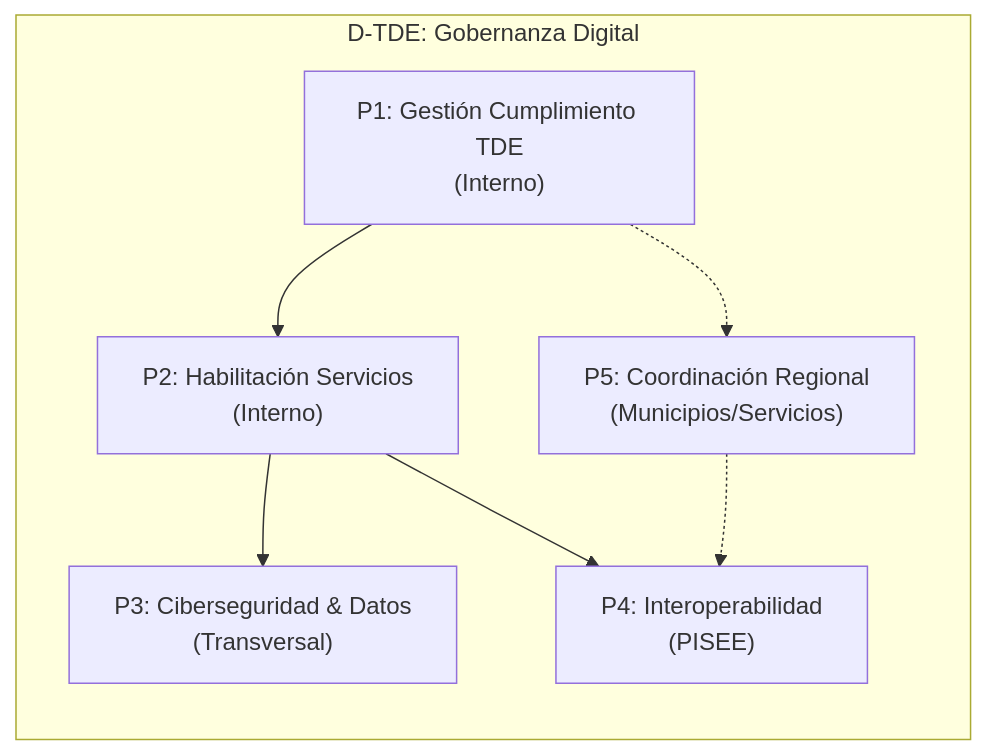
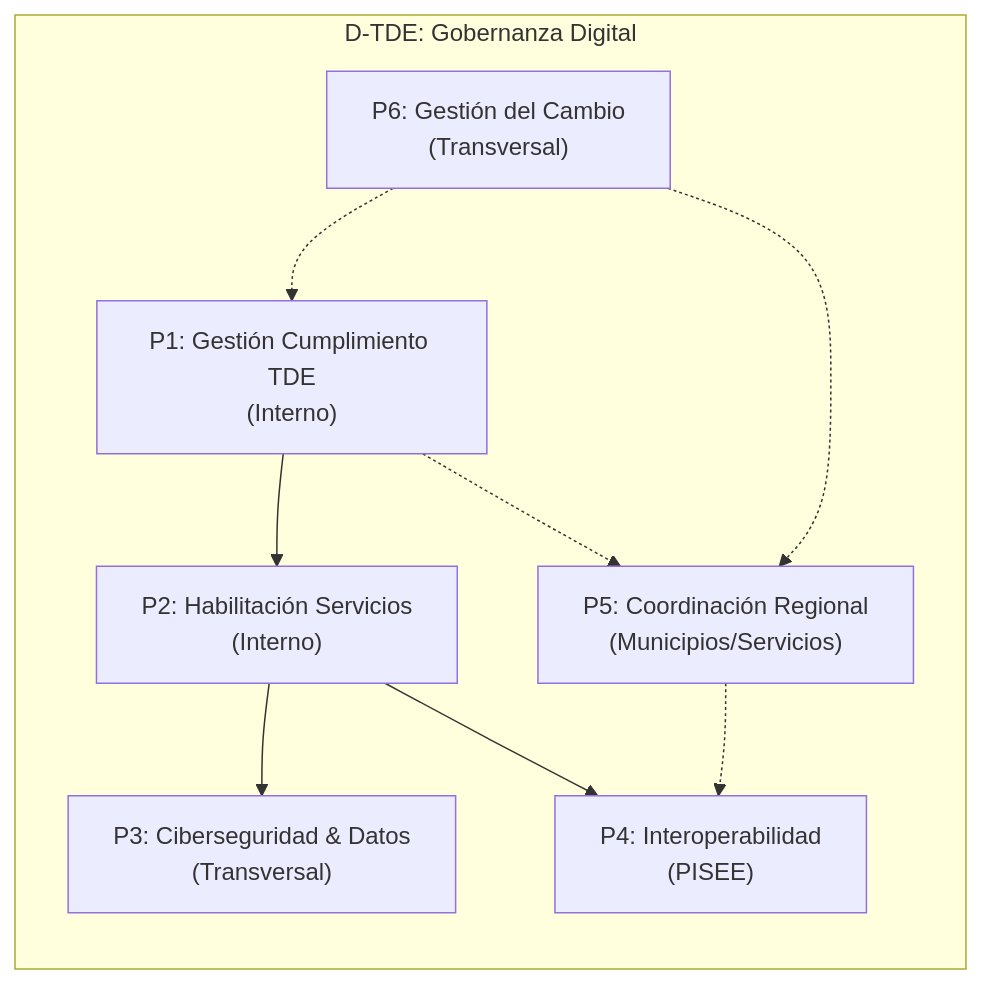
The second of 8 diagrams in docs/blueprint/domains/domain_d-tde.md (felix-antonio-sl/gore_os), drawn with Mermaid before and after one commit. The commit also changed other lines of this file and 26 other files, not shown here.

````diff
--- a/docs/blueprint/domains/domain_d-tde.md
+++ b/docs/blueprint/domains/domain_d-tde.md
@@ -164,16 +276,19 @@
 ```mermaid
 flowchart LR
     subgraph DTDE["D-TDE: Gobernanza Digital"]
         P1["P1: Gestión Cumplimiento TDE<br/>(Interno)"]
         P2["P2: Habilitación Servicios<br/>(Interno)"]
         P3["P3: Ciberseguridad & Datos<br/>(Transversal)"]
         P4["P4: Interoperabilidad<br/>(PISEE)"]
         P5["P5: Coordinación Regional<br/>(Municipios/Servicios)"]
+        P6["P6: Gestión del Cambio<br/>(Transversal)"]
     end
 
     P1 --> P2
     P2 --> P3
     P2 --> P4
     P1 -.-> P5
     P5 -.-> P4
+    P6 -.-> P1
+    P6 -.-> P5
 ```
````
